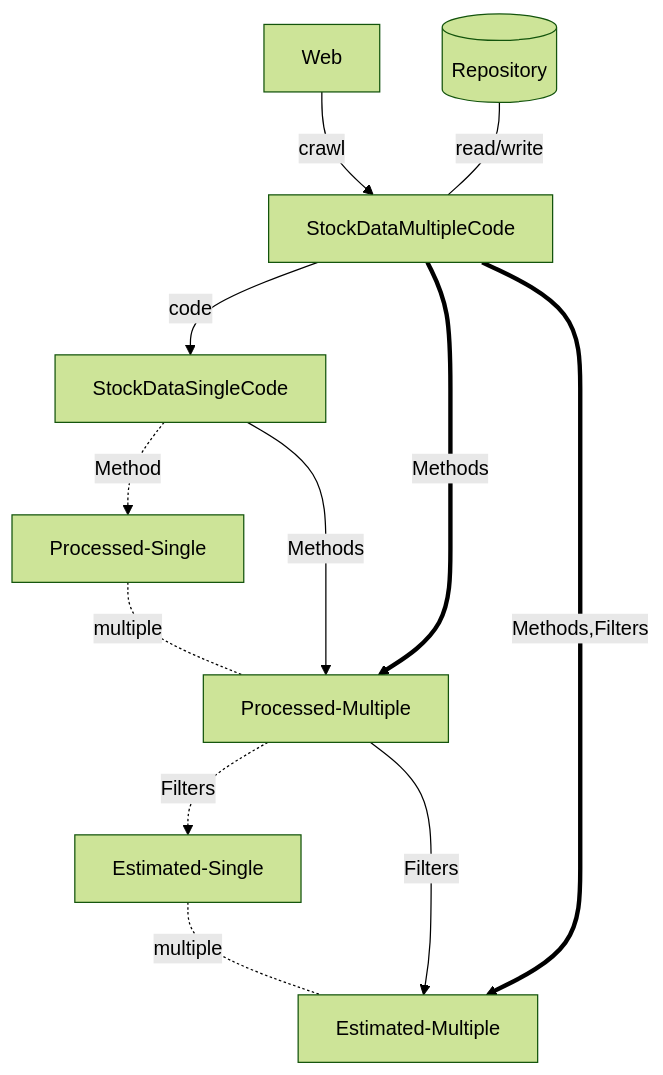
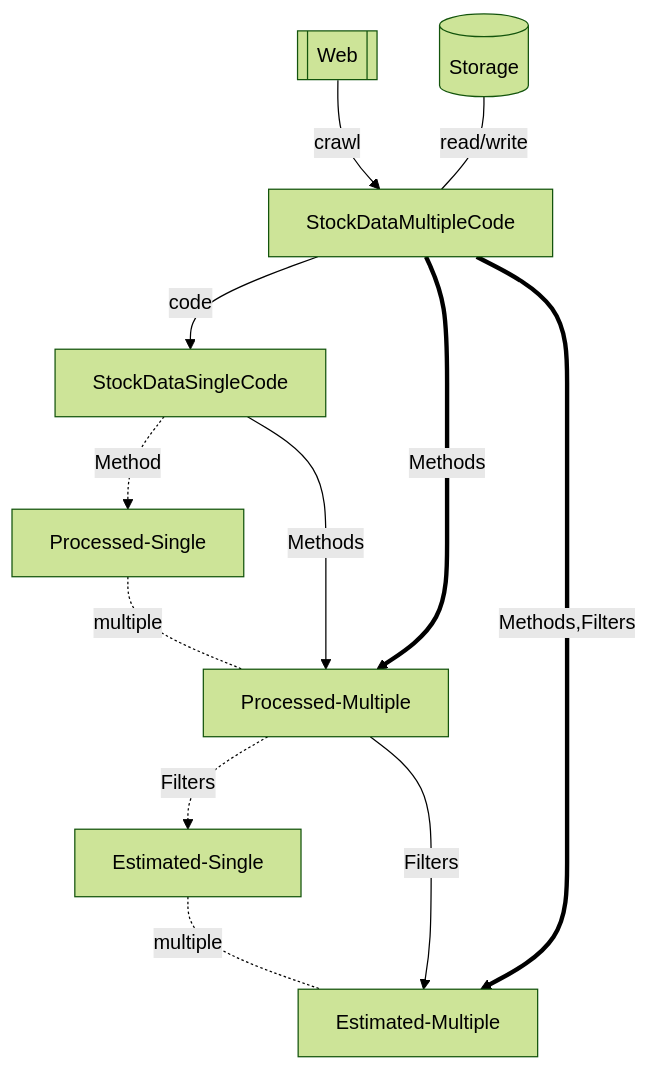
The diagram in README.md (gsy0911/kabutobashi), drawn with Mermaid (forest theme) before and after one commit.

Commit message:
#92 use id

````diff
--- a/README.md
+++ b/README.md
@@ -16,14 +16,14 @@
 ```mermaid
 graph TD;
-  Web --> | crawl | StockDataMultipleCode
-  Repository[(Repository)] --- | read/write | StockDataMultipleCode
-  StockDataMultipleCode --> | code | StockDataSingleCode
-  StockDataSingleCode -.-> | Method | Processed-Single
-  Processed-Single -.- | multiple | Processed-Multiple
-  StockDataSingleCode --> | Methods | Processed-Multiple
-  Processed-Multiple -.-> | Filters | Estimated-Single
-  Estimated-Single -.- | multiple | Estimated-Multiple
-  Processed-Multiple --> | Filters | Estimated-Multiple
-  StockDataMultipleCode ==> | Methods | Processed-Multiple
-  StockDataMultipleCode ==> | Methods,Filters | Estimated-Multiple
+  web[[Web]] --> | crawl | sdmc
+  repo[(Storage)] --- | read/write | sdmc
+  sdmc[StockDataMultipleCode] --> | code | sdsc
+  sdsc[StockDataSingleCode] -.-> | Method | ps
+  ps[Processed-Single] -.- | multiple | pm
+  sdsc --> | Methods | pm
+  pm[Processed-Multiple] -.-> | Filters | es
+  es[Estimated-Single] -.- | multiple | em[Estimated-Multiple]
+  pm --> | Filters | em
+  sdmc ==> | Methods | pm
+  sdmc ==> | Methods,Filters | em
 ```
````
